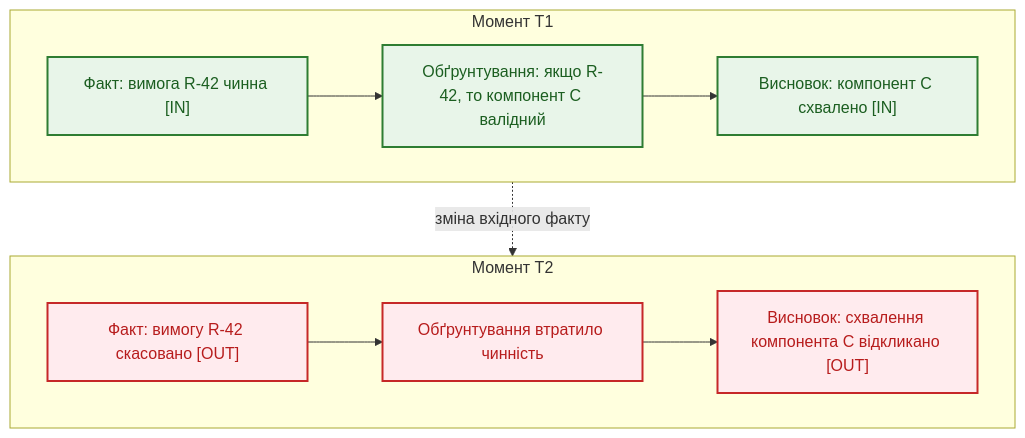
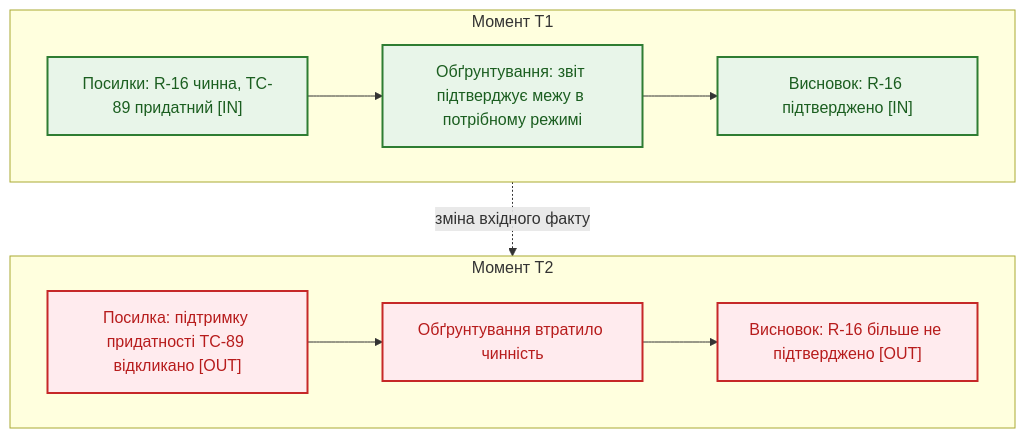
One commit to nick-fedchik/articles changed the fourth of 5 diagrams in ExpertSystem/ch16-expert-systems-architecture.md. Above: the diagram before and after it, drawn with Mermaid. The commit also changed other lines of this file and 7 other files, not shown here.

````diff
--- a/ExpertSystem/ch16-expert-systems-architecture.md
+++ b/ExpertSystem/ch16-expert-systems-architecture.md
@@ -339,27 +409,27 @@
 ```mermaid
 flowchart TD
     accTitle: Відкликання висновку після зміни факту
-    accDescr: На момент T1 вимога R-42 чинна і висновок про схвалення компонента C має мітку IN; на момент T2 вимогу скасовано, обґрунтування втрачає чинність і висновок отримує мітку OUT.
+    accDescr: За чинної R-16 і придатного TC-89 висновок має підтримку IN; після відкликання звіту єдине обґрунтування втрачає підтримку, і висновок стає OUT, не хибним.
 
     subgraph T1["Момент T1"]
-        F1["Факт: вимога R-42 чинна [IN]"]
-        R1["Обґрунтування: якщо R-42, то компонент C валідний"]
-        C1["Висновок: компонент C схвалено [IN]"]
+        F1["Посилки: R-16 чинна, TC-89 придатний [IN]"]
+        R1["Обґрунтування: звіт підтверджує межу в потрібному режимі"]
+        C1["Висновок: R-16 підтверджено [IN]"]
         F1 --> R1 --> C1
     end
 
     subgraph T2["Момент T2"]
-        F2["Факт: вимогу R-42 скасовано [OUT]"]
+        F2["Посилка: підтримку придатності TC-89 відкликано [OUT]"]
         R2["Обґрунтування втратило чинність"]
-        C2["Висновок: схвалення компонента C відкликано [OUT]"]
+        C2["Висновок: R-16 більше не підтверджено [OUT]"]
         F2 --> R2 --> C2
     end
 
     T1 -.->|"зміна вхідного факту"| T2
 
     classDef valid fill:#e8f5e9,stroke:#2e7d32,stroke-width:2px,color:#1b5e20;
     classDef invalid fill:#ffebee,stroke:#c62828,stroke-width:2px,color:#b71c1c;
 
     class F1,R1,C1 valid;
     class F2,R2,C2 invalid;
 ```
````
